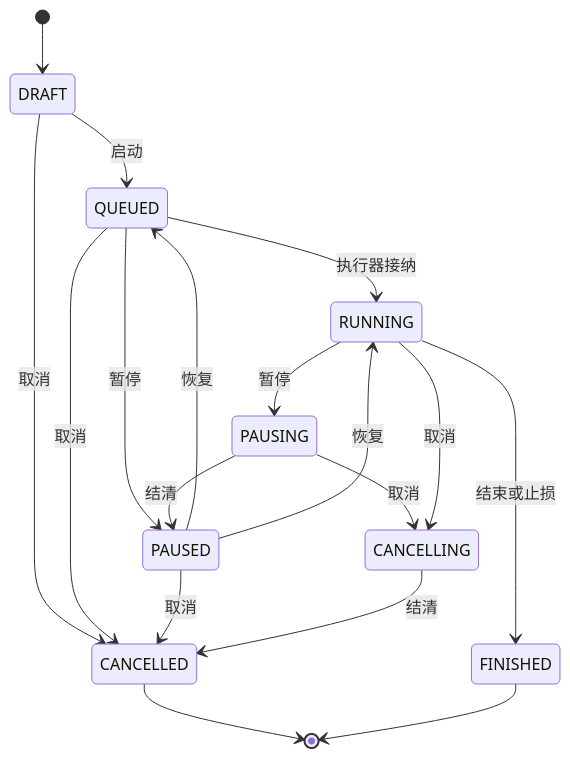
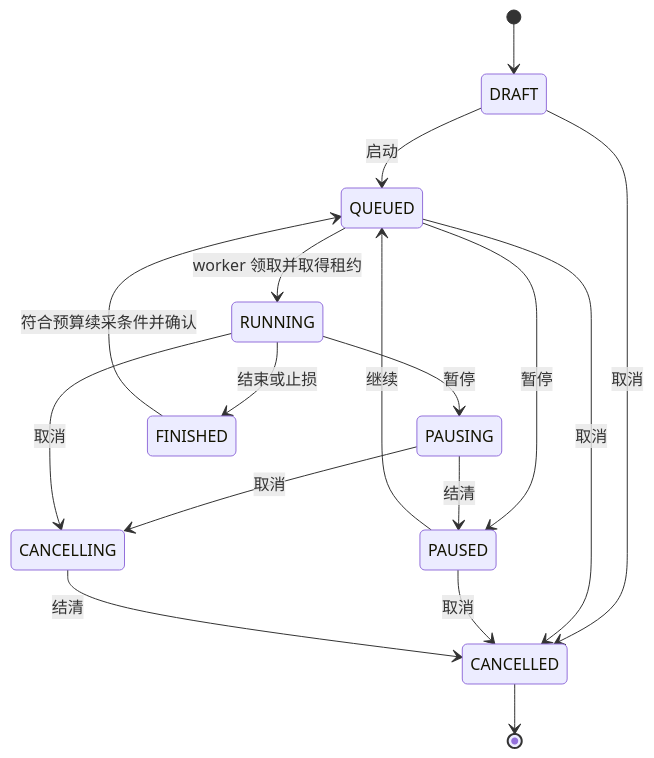
Before and after one commit to xuchaoxin1375/ai-ecom-crawler: the first of 2 diagrams in docs/09-任务状态与计数契约.md, drawn with Mermaid. The commit also changed other lines of this file and 41 other files, not shown here.

````diff
--- a/docs/09-任务状态与计数契约.md
+++ b/docs/09-任务状态与计数契约.md
@@ -102,20 +102,19 @@
 ```mermaid
 stateDiagram-v2
     [*] --> DRAFT
     DRAFT --> QUEUED: 启动
     DRAFT --> CANCELLED: 取消
-    QUEUED --> RUNNING: 执行器接纳
+    QUEUED --> RUNNING: worker 领取并取得租约
     QUEUED --> PAUSED: 暂停
     QUEUED --> CANCELLED: 取消
     RUNNING --> PAUSING: 暂停
     PAUSING --> PAUSED: 结清
     PAUSING --> CANCELLING: 取消
-    PAUSED --> QUEUED: 恢复
-    PAUSED --> RUNNING: 恢复
+    PAUSED --> QUEUED: 继续
     PAUSED --> CANCELLED: 取消
     RUNNING --> CANCELLING: 取消
     CANCELLING --> CANCELLED: 结清
     RUNNING --> FINISHED: 结束或止损
+    FINISHED --> QUEUED: 符合预算续采条件并确认
     CANCELLED --> [*]
-    FINISHED --> [*]
 ```
````
